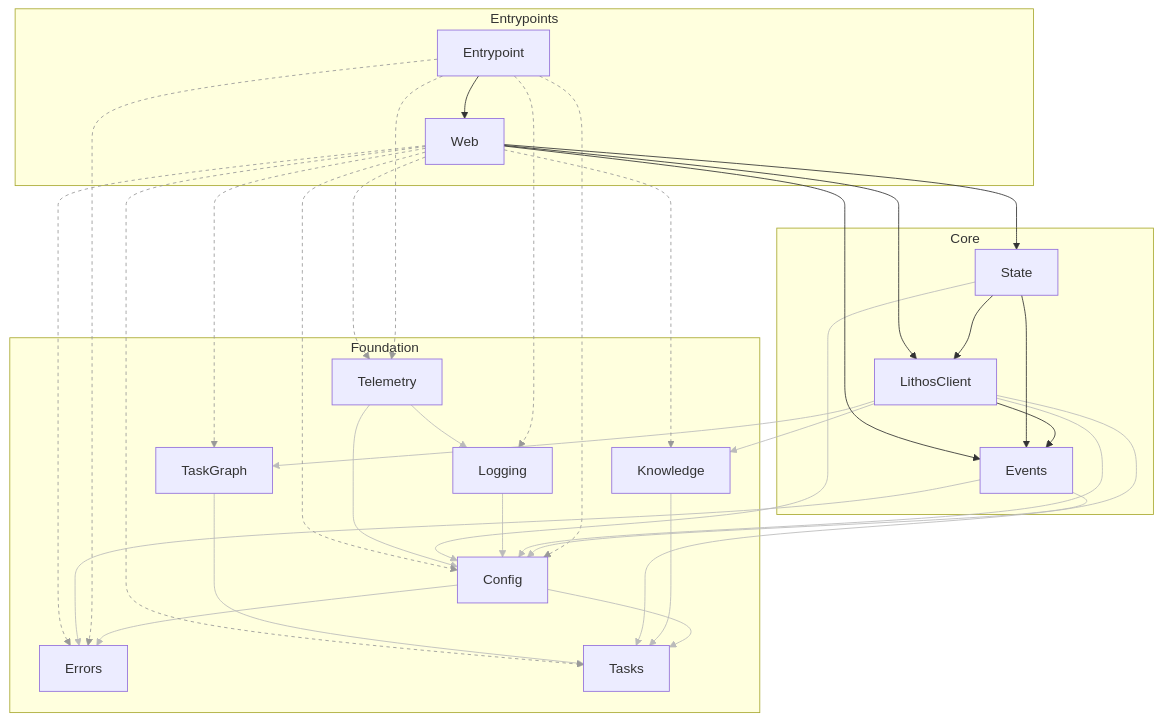
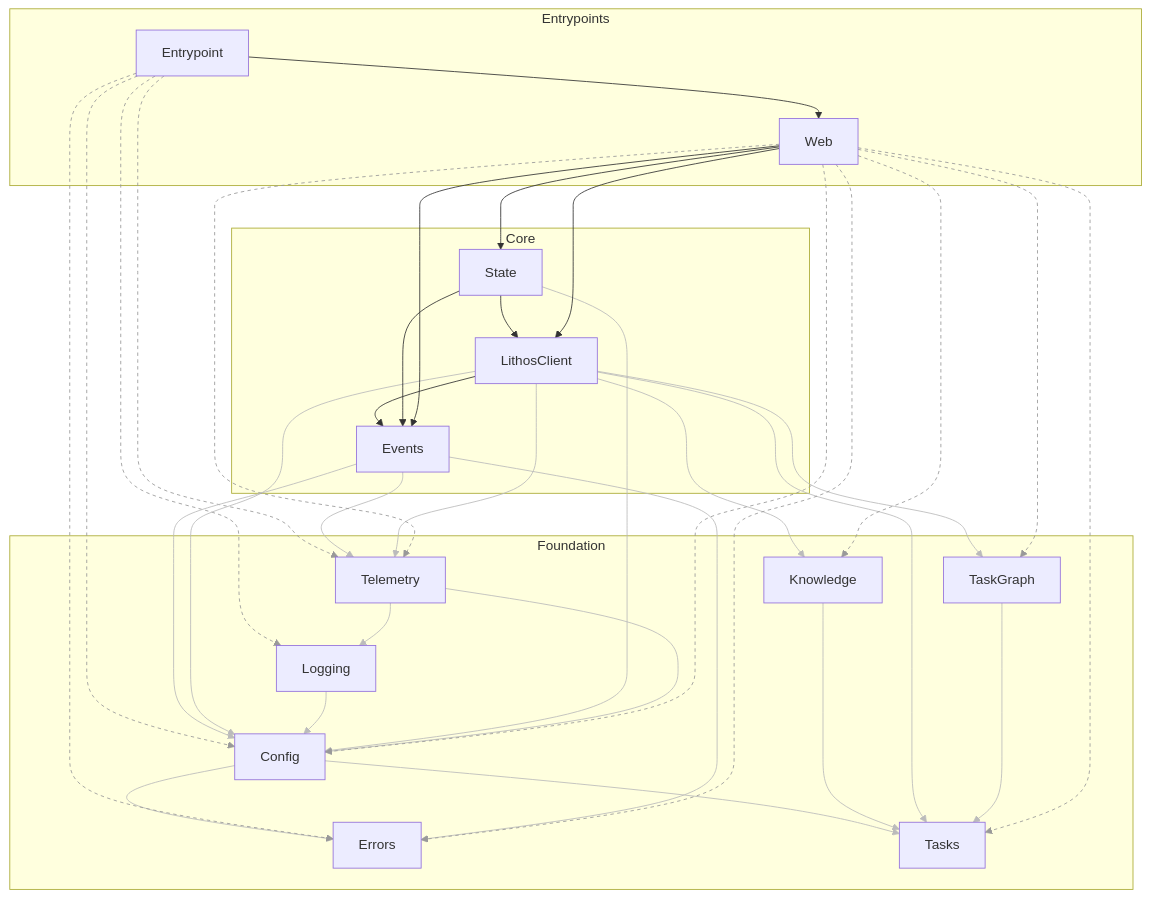
Before and after one commit to agent-lore/lithos-lens: the diagram in docs/generated/architecture.md, drawn with Mermaid. The commit also changed 16 other files, not shown here.

````diff
--- a/docs/generated/architecture.md
+++ b/docs/generated/architecture.md
@@ -44,12 +44,14 @@
   Entrypoint --> Web
   Events --> Config
   Events --> Errors
+  Events --> Telemetry
   Knowledge --> Tasks
   LithosClient --> Config
   LithosClient --> Events
   LithosClient --> Knowledge
   LithosClient --> TaskGraph
   LithosClient --> Tasks
+  LithosClient --> Telemetry
   Logging --> Config
   State --> Config
   State --> Events
@@ -76,18 +78,20 @@
   linkStyle 8 stroke:#bbb
   linkStyle 9 stroke:#bbb
   linkStyle 10 stroke:#bbb
-  linkStyle 12 stroke:#bbb
+  linkStyle 11 stroke:#bbb
   linkStyle 13 stroke:#bbb
   linkStyle 14 stroke:#bbb
   linkStyle 15 stroke:#bbb
   linkStyle 16 stroke:#bbb
-  linkStyle 19 stroke:#bbb
-  linkStyle 20 stroke:#bbb
+  linkStyle 17 stroke:#bbb
+  linkStyle 18 stroke:#bbb
   linkStyle 21 stroke:#bbb
-  linkStyle 22 stroke:#999,stroke-dasharray:4
-  linkStyle 23 stroke:#999,stroke-dasharray:4
+  linkStyle 22 stroke:#bbb
+  linkStyle 23 stroke:#bbb
+  linkStyle 24 stroke:#999,stroke-dasharray:4
   linkStyle 25 stroke:#999,stroke-dasharray:4
-  linkStyle 28 stroke:#999,stroke-dasharray:4
-  linkStyle 29 stroke:#999,stroke-dasharray:4
+  linkStyle 27 stroke:#999,stroke-dasharray:4
   linkStyle 30 stroke:#999,stroke-dasharray:4
+  linkStyle 31 stroke:#999,stroke-dasharray:4
+  linkStyle 32 stroke:#999,stroke-dasharray:4
 ```
````
